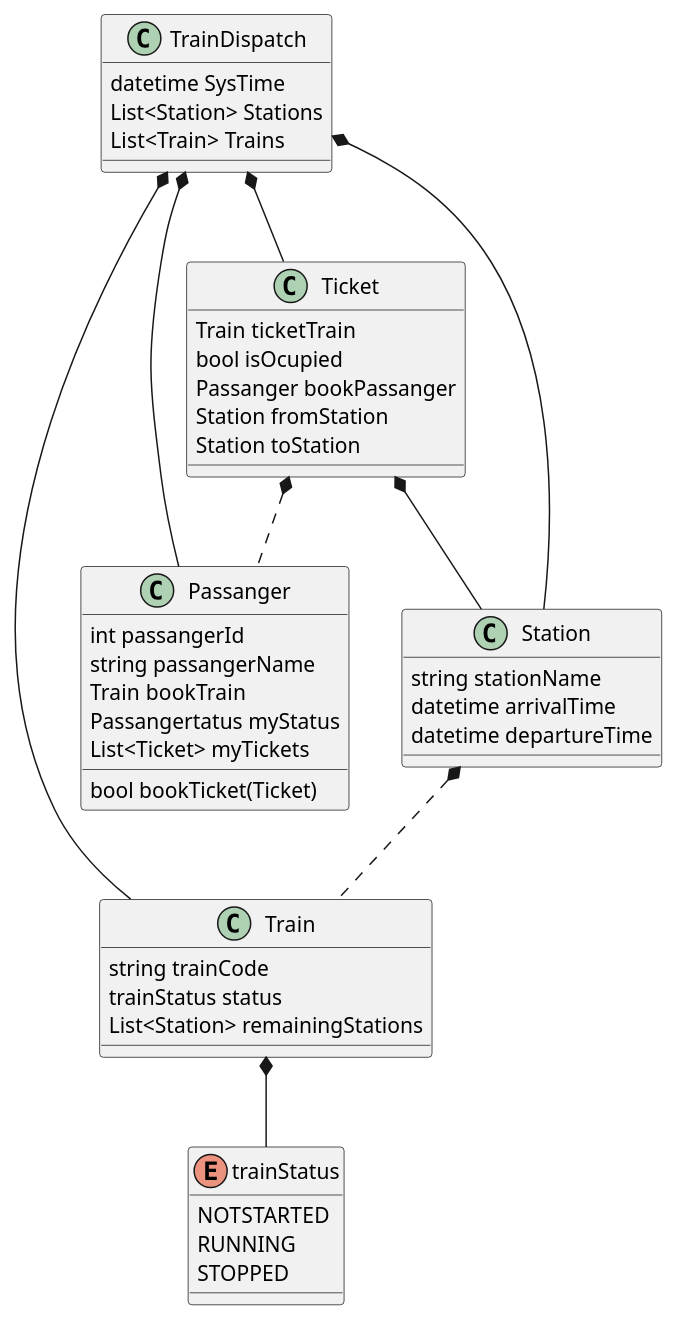
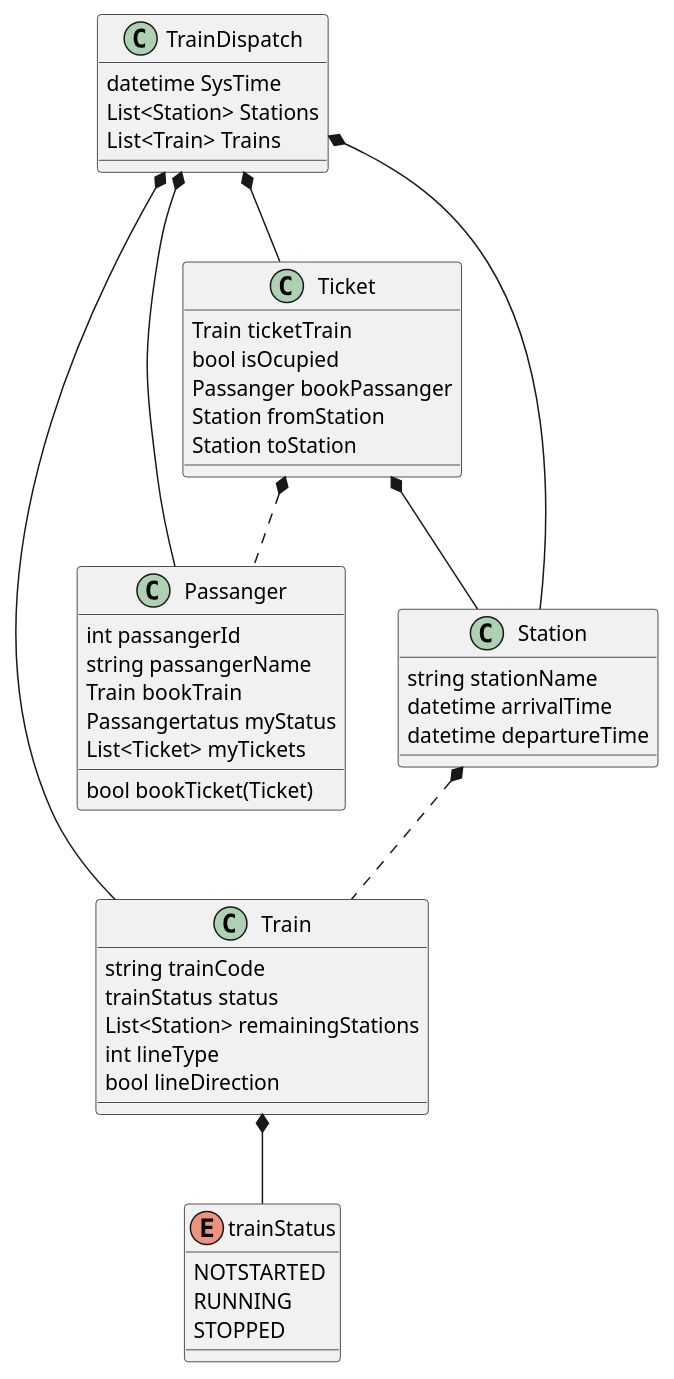
One commit to arnoliudaxia/CS132-12306 changed the diagram in docs/UML/ObjectHire.puml. Above: the diagram before and after it, drawn with PlantUML. The commit also changed 3 other files, not shown here.

```diff
--- a/docs/UML/ObjectHire.puml
+++ b/docs/UML/ObjectHire.puml
@@ -1,64 +1,66 @@
 @startuml
 'https://plantuml.com/class-diagram
 
 class TrainDispatch{
 datetime SysTime
 List<Station> Stations
 List<Train> Trains
 }
 
 class Train{
  string trainCode
  trainStatus status
  List<Station> remainingStations
+ int lineType
+ bool lineDirection
 ' List<Passanger> passangers
 }
 
 class Passanger{
 int passangerId
 string passangerName
 Train bookTrain
 Passangertatus myStatus
 List<Ticket> myTickets
 
 bool bookTicket(Ticket)
 
 }
 
 class Station{
     string stationName
     datetime arrivalTime
     datetime departureTime
 }
 
 TrainDispatch *-- Train
 TrainDispatch *-- Passanger
 TrainDispatch *-- Station
 
 class Ticket{
     Train ticketTrain
 '    string ticketType
 '    int ticketPrice
     bool isOcupied
     Passanger bookPassanger
     Station fromStation
     Station toStation
 }
 Station *.. Train
 Ticket *-- Station
 Ticket *.. Passanger
 
 TrainDispatch *-- Ticket
 
 enum trainStatus{
     '等待发车
     NOTSTARTED
     'train is running
     RUNNING
     'train is stopped
     STOPPED
 }
 
 Train *-- trainStatus
 
 @enduml
```
